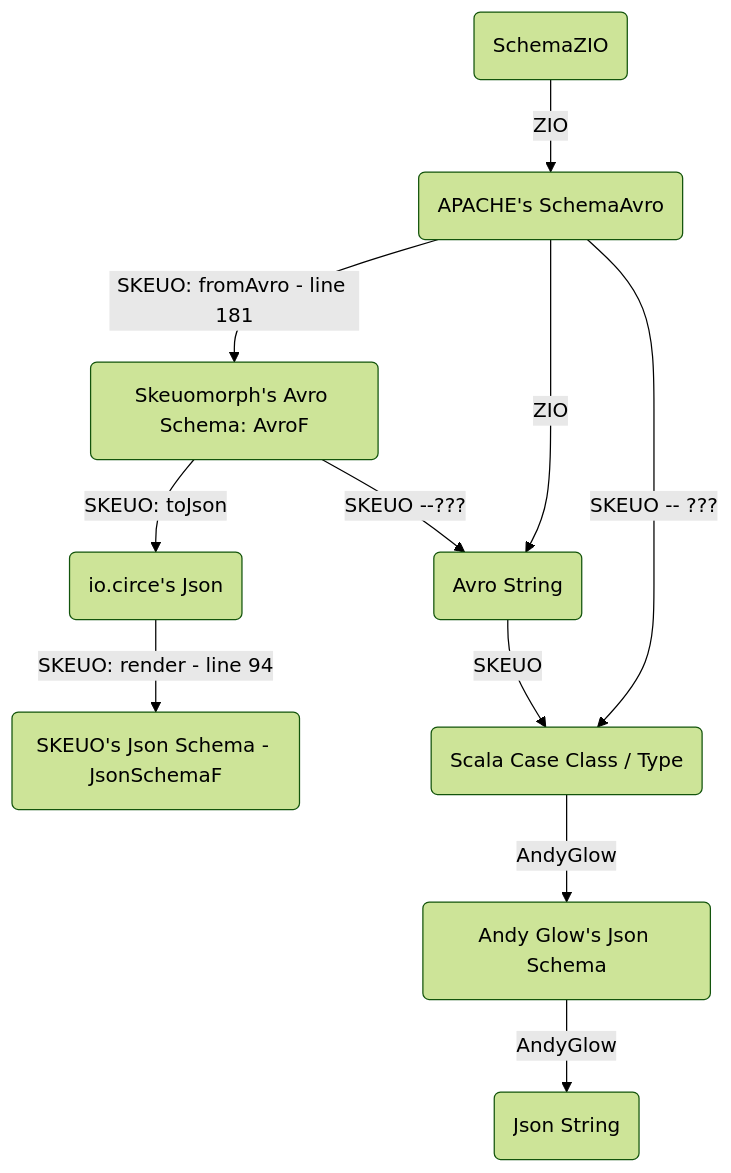
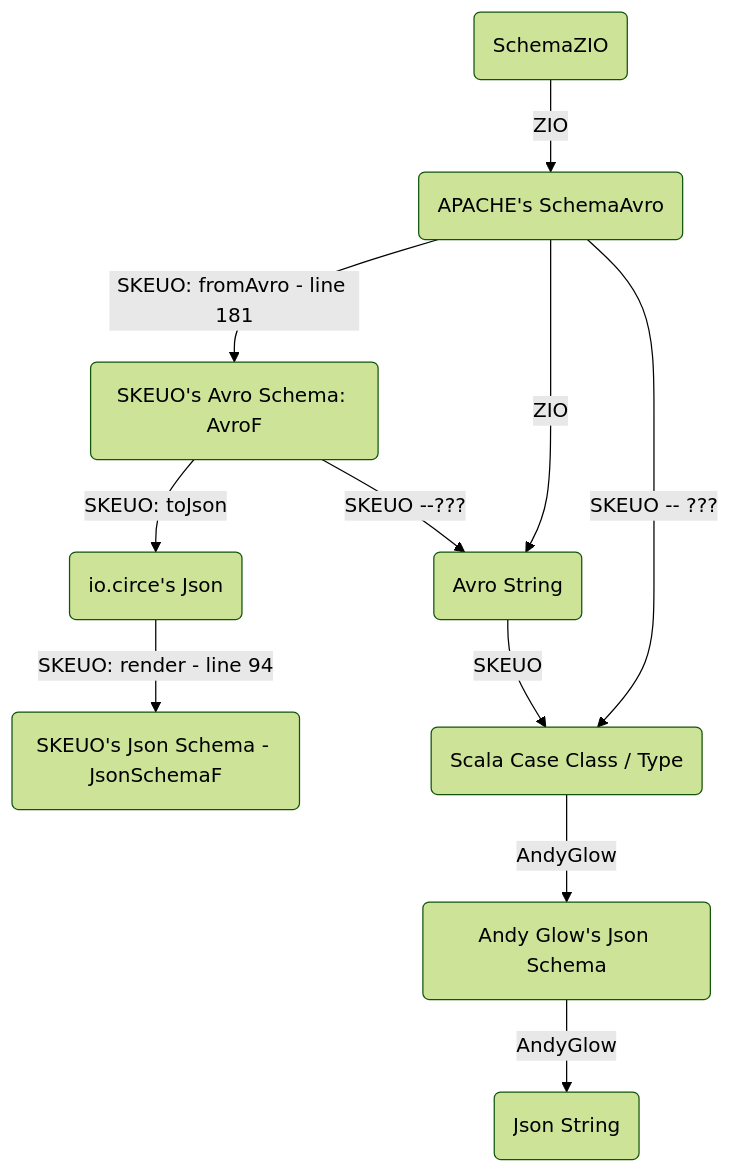
Before and after one commit to statisticallyfit/ScalaZIOSchemorphicStream: the diagram in README.md, drawn with Mermaid (forest theme). The commit also changed other lines of this file and 1 other file, not shown here.

Commit message:
save readme + todo execute AvroCodec.encodeToApacheAvro(schema) with banana class

````diff
--- a/README.md
+++ b/README.md
@@ -201,14 +229,14 @@
 ```mermaid
 flowchart TD
     SK(SKEUO's Avro Schema: AvroF) -->|SKEUO: toJson| SIJ(io.circe's Json)
     SIJ(io.circe's Json) -->|SKEUO: render - line 94| SJ(SKEUO's Json Schema - JsonSchemaF)
-    SK(Skeuomorph's Avro Schema: AvroF) -->|SKEUO --???| A(Avro String)
-    SA(APACHE's SchemaAvro) -->|SKEUO: fromAvro - line 181| SK(Skeuomorph's Avro Schema: AvroF)
+    SK(SKEUO's Avro Schema: AvroF) -->|SKEUO --???| A(Avro String)
+    SA(APACHE's SchemaAvro) -->|SKEUO: fromAvro - line 181| SK(SKEUO's Avro Schema: AvroF)
     SZ(SchemaZIO) -->|ZIO| SA(APACHE's SchemaAvro)
     SA(APACHE's SchemaAvro) -->|ZIO| A(Avro String)
     SA(APACHE's SchemaAvro) -->|SKEUO -- ???| C(Scala Case Class / Type)
     A(Avro String) -->|SKEUO| C(Scala Case Class / Type)
     C(Scala Case Class / Type) -->|AndyGlow| SGJ(Andy Glow's Json Schema)
     SGJ(Andy Glow's Json Schema) -->|AndyGlow| J(Json String)
 
 ```
````
